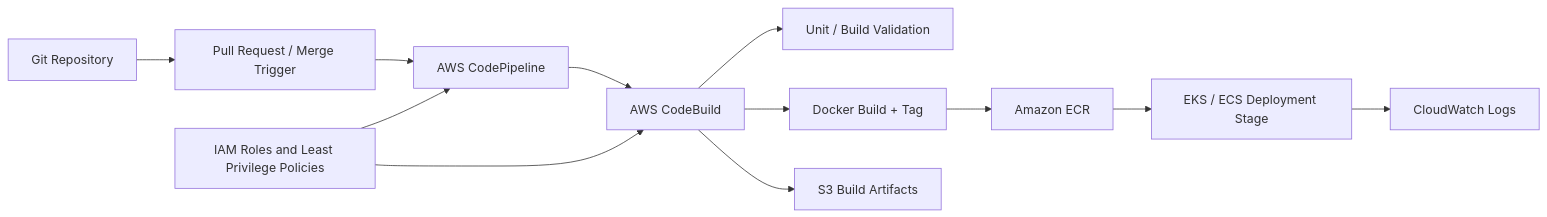
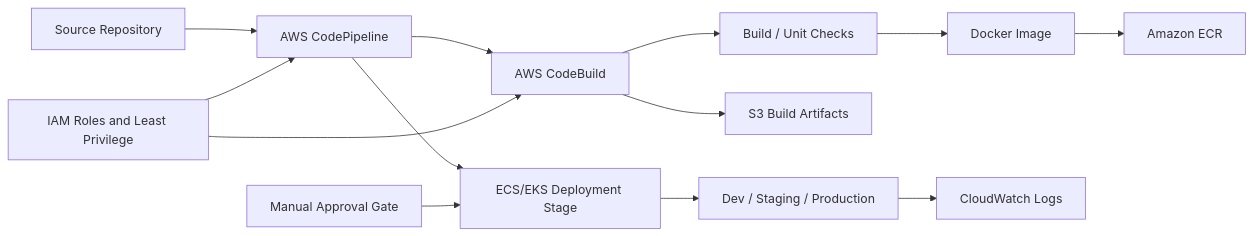
The diagram in project-pocs/02-smart-building-cicd-modernization-poc.md (saurabhdindokar/saurabhdindokar.github.io), drawn with Mermaid before and after one commit. The commit also changed other lines of this file and 28 other files, not shown here.

````diff
--- a/project-pocs/02-smart-building-cicd-modernization-poc.md
+++ b/project-pocs/02-smart-building-cicd-modernization-poc.md
@@ -17,14 +24,15 @@
 ```mermaid
 flowchart LR
-  Repo[Git Repository] --> Trigger[Pull Request / Merge Trigger]
-  Trigger --> CodePipeline[AWS CodePipeline]
-  CodePipeline --> CodeBuild[AWS CodeBuild]
-  CodeBuild --> Test[Unit / Build Validation]
-  CodeBuild --> Docker[Docker Build + Tag]
-  Docker --> ECR[Amazon ECR]
-  CodeBuild --> S3[S3 Build Artifacts]
-  ECR --> Deploy[EKS / ECS Deployment Stage]
-  Deploy --> CW[CloudWatch Logs]
-  IAM[IAM Roles and Least Privilege Policies] --> CodePipeline
+  Git[Source Repository] --> Pipeline[AWS CodePipeline]
+  Pipeline --> CodeBuild[AWS CodeBuild]
+  CodeBuild --> Unit[Build / Unit Checks]
+  Unit --> Image[Docker Image]
+  Image --> ECR[Amazon ECR]
+  CodeBuild --> Artifact[S3 Build Artifacts]
+  Pipeline --> Deploy[ECS/EKS Deployment Stage]
+  Deploy --> Env[Dev / Staging / Production]
+  Env --> CW[CloudWatch Logs]
+  IAM[IAM Roles and Least Privilege] --> Pipeline
   IAM --> CodeBuild
+  Manual[Manual Approval Gate] --> Deploy
 ```
````
